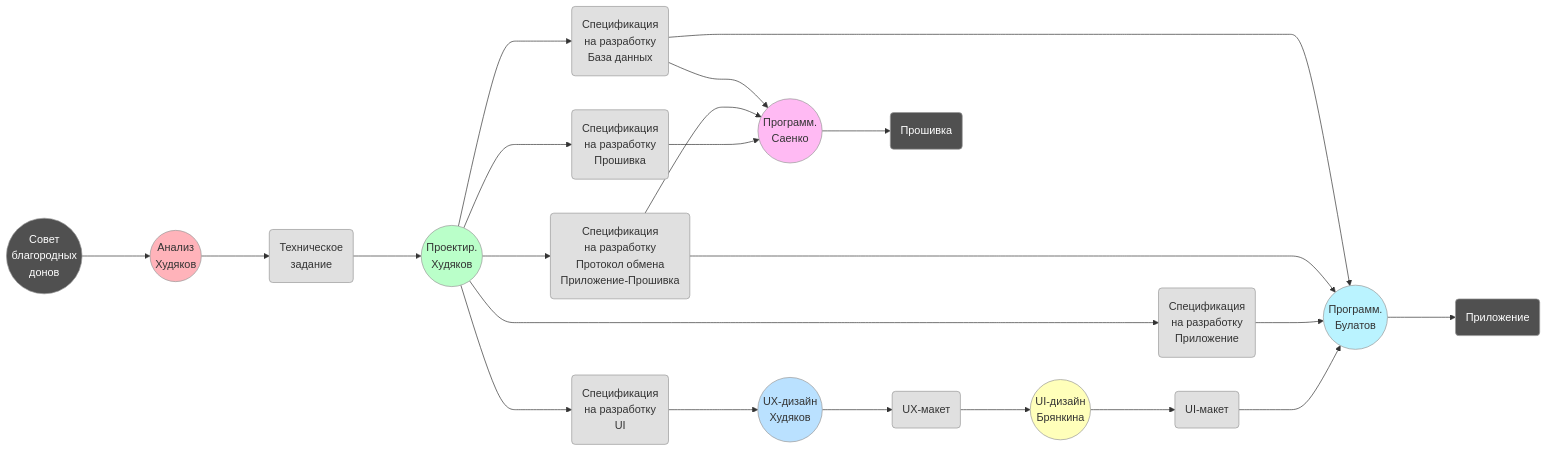
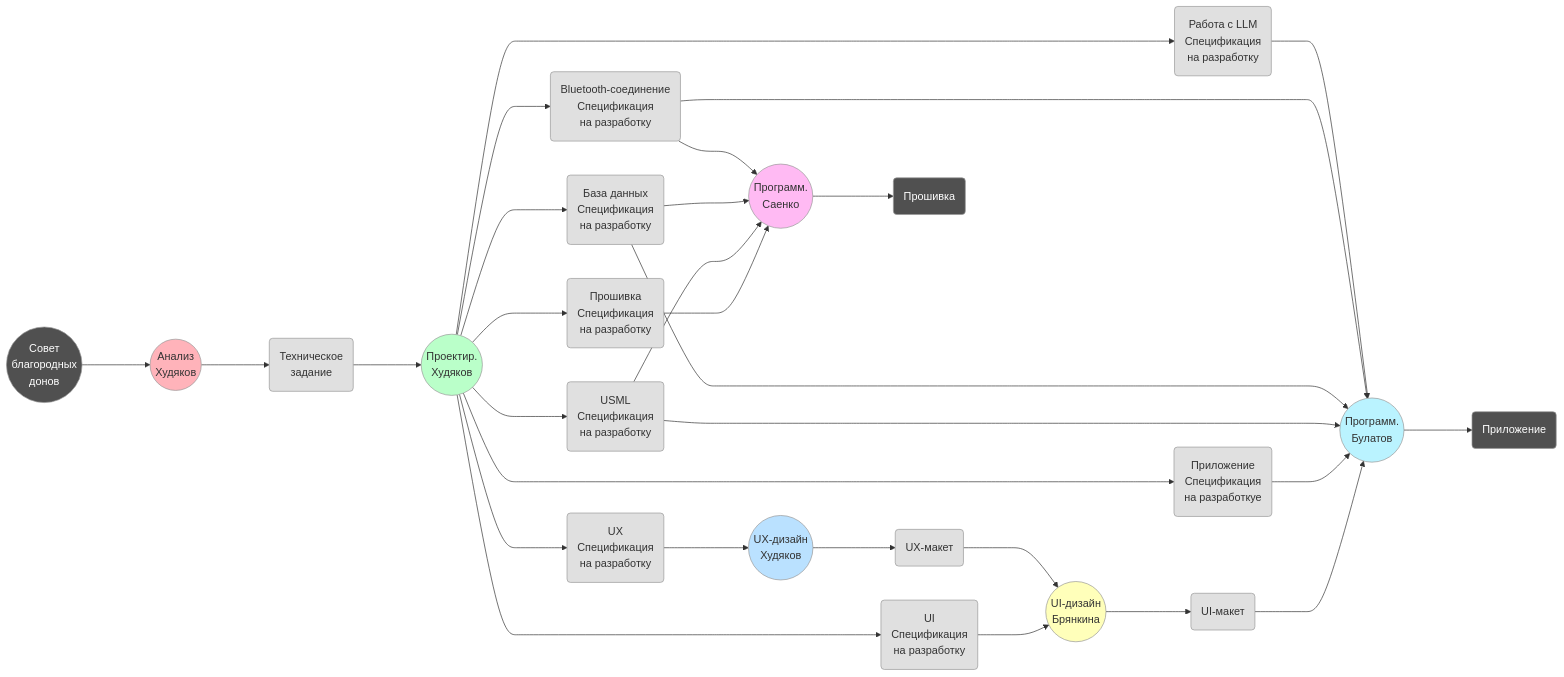
Before and after one commit to KhudyakovAlex/Synapse: the diagram in Project/process.md, drawn with Mermaid. The commit also changed 2 other files, not shown here.

Commit message:
обавлены ссылки на документы в диаграмме процесса, удален код Mindmap

````diff
--- a/Project/process.md
+++ b/Project/process.md
@@ -10,11 +10,16 @@
     
     PRO((Проектир.<br>Худяков))
     
-    DSUI(Спецификация<br>на разработку<br>UI)
-    DSAPP(Спецификация<br>на разработку<br>Приложение)
-    DSDB(Спецификация<br>на разработку<br>База данных)
-    DSP(Спецификация<br>на разработку<br>Протокол обмена<br>Приложение-Прошивка)
-    DSFW(Спецификация<br>на разработку<br>Прошивка)
+    DSUI(UI<br>Спецификация<br>на разработку)
+    DSUX(UX<br>Спецификация<br>на разработку)
+    DSAPP(Приложение<br>Спецификация<br>на разработкуе)
+    DSDB(База данных<br>Спецификация<br>на разработку)
+    DSP(USML<br>Спецификация<br>на разработку)
+    DSB(Bluetooth-соединение<br>Спецификация<br>на разработку)
+    DSLLM(Работа с LLM<br>Спецификация<br>на разработку)
+    DSFW(Прошивка<br>Спецификация<br>на разработку)
+    
+    
 
     UIUXD((UX-дизайн<br>Худяков))
     UIUX( UX-макет )
@@ -32,12 +37,16 @@
     ANAL ---> PRD
     PRD ---> PRO
     PRO ---> DSUI
+    PRO ---> DSUX
     PRO ---> DSFW
     PRO ---> DSAPP
     PRO ---> DSP
     PRO ---> DSDB
+    PRO ---> DSB
+    PRO ---> DSLLM
 
-    DSUI ---> UIUXD
+    DSUX ---> UIUXD
+    DSUI ---> UIUID
     UIUXD ---> UIUX
     UIUX ---> UIUID
     UIUID ---> UIUI
@@ -46,10 +55,13 @@
     DSAPP ---> APPD
     DSP ---> APPD
     DSDB ---> APPD
+    DSB ---> APPD
+    DSLLM ---> APPD
 
     DSFW ---> FWD
     DSP ---> FWD
     DSDB ---> FWD
+    DSB ---> FWD
 
     FWD ---> FW
     APPD ---> APP
@@ -68,10 +80,22 @@
     style DSDB fill:#E0E0E0,stroke:#999
     style DSP fill:#E0E0E0,stroke:#999
     style DSFW fill:#E0E0E0,stroke:#999
+    style DSUX fill:#E0E0E0,stroke:#999
+    style DSB fill:#E0E0E0,stroke:#999
+    style DSLLM fill:#E0E0E0,stroke:#999
     style UIUX fill:#E0E0E0,stroke:#999
     style UIUI fill:#E0E0E0,stroke:#999
     style FW fill:#505050,stroke:#999,color:#fff
     style APP fill:#505050,stroke:#999,color:#fff
 
-    click PRD "https://khudyakovalex.github.io/Synapse/INDEX/PRD/SynapsePRD.html"
+    click PRD "PRD/SynapsePRD.html"
+    click DSUI "PDS/SynapsePDS_APP_UI.html"
+    click DSUX "PDS/SynapsePDS_APP_UX.html"
+    click DSAPP "PDS/SynapsePDS_APP.html"
+    click DSDB "PDS/SynapsePDS_DB.html"
+    click DSP "PDS/SynapsePDS_USML.html"
+    click DSB "PDS/SynapsePDS_Bluetooth.html"
+    click DSLLM "PDS/SynapsePDS_LLM.html"
+    click DSFW "PDS/SynapsePDS_FW.html"
+
 ```
````
